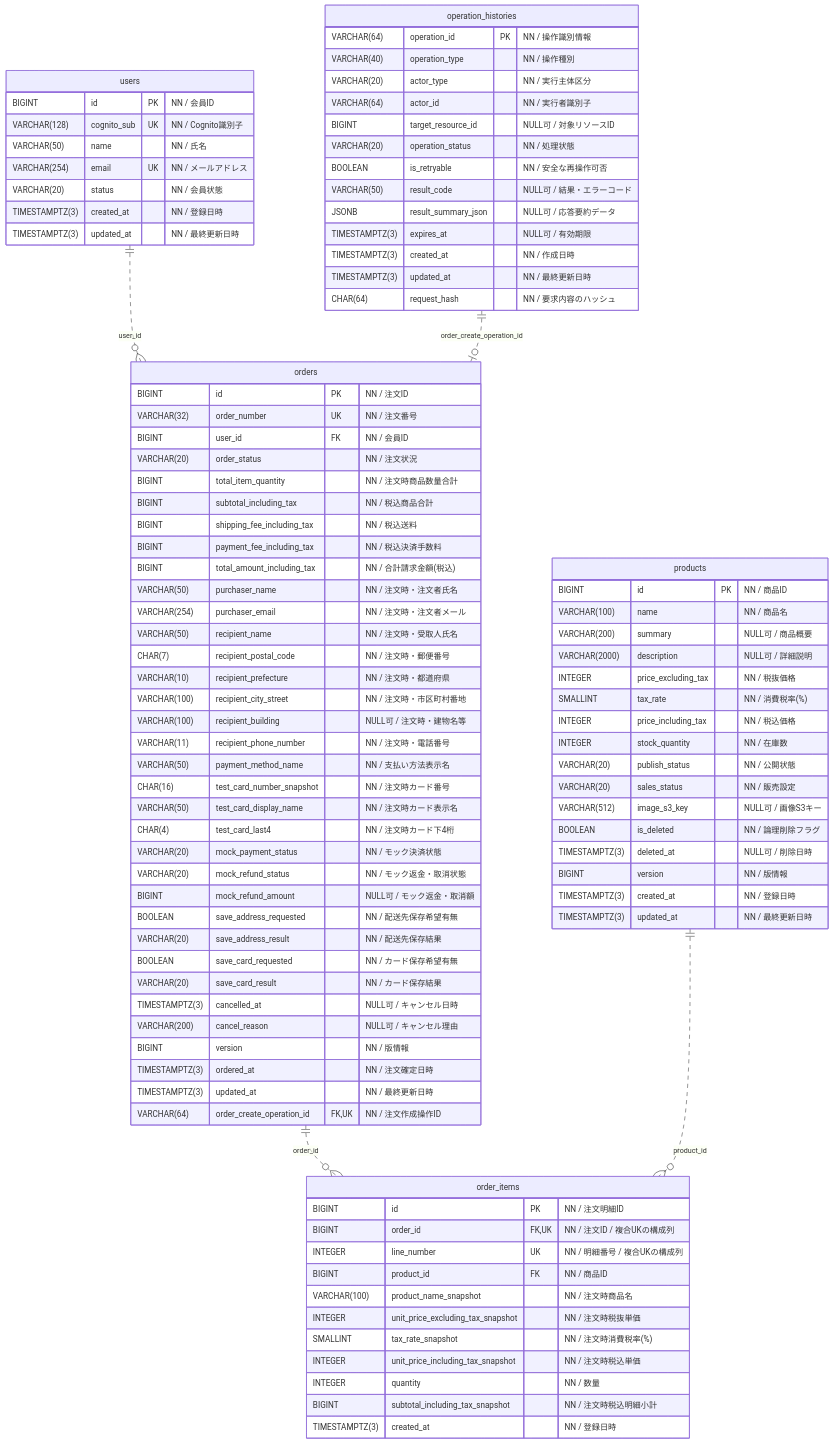
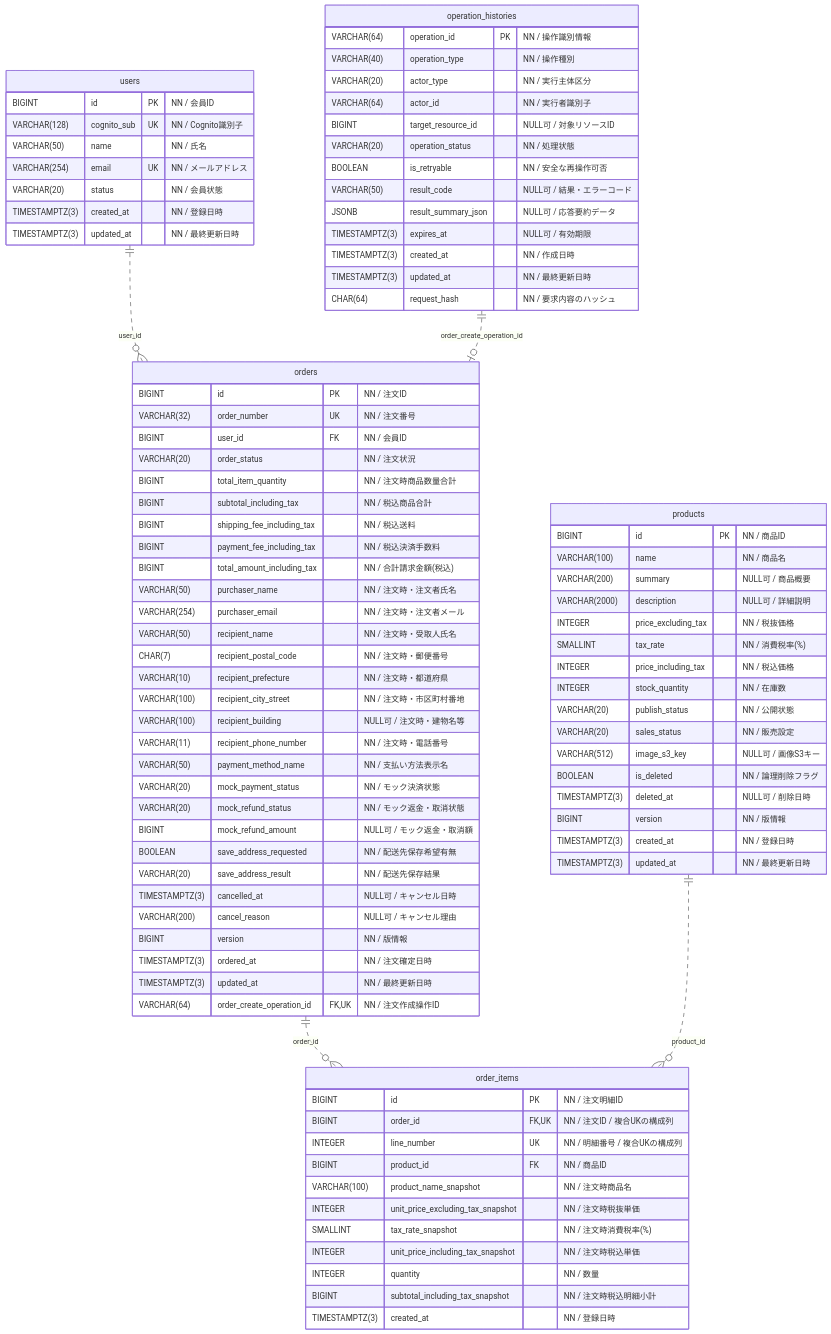
Before and after one commit to shooot223/cloudnative-ec-java: the seventh of 8 diagrams in docs/db-schema/EC_ER_diagram.md, drawn with Mermaid. The commit also changed other lines of this file and 64 other files, not shown here.

```diff
--- a/docs/db-schema/EC_ER_diagram.md
+++ b/docs/db-schema/EC_ER_diagram.md
@@ -316,16 +303,11 @@
         VARCHAR(100) recipient_building "NULL可 / 注文時・建物名等"
         VARCHAR(11) recipient_phone_number "NN / 注文時・電話番号"
         VARCHAR(50) payment_method_name "NN / 支払い方法表示名"
-        CHAR(16) test_card_number_snapshot "NN / 注文時カード番号"
-        VARCHAR(50) test_card_display_name "NN / 注文時カード表示名"
-        CHAR(4) test_card_last4 "NN / 注文時カード下4桁"
         VARCHAR(20) mock_payment_status "NN / モック決済状態"
         VARCHAR(20) mock_refund_status "NN / モック返金・取消状態"
         BIGINT mock_refund_amount "NULL可 / モック返金・取消額"
         BOOLEAN save_address_requested "NN / 配送先保存希望有無"
         VARCHAR(20) save_address_result "NN / 配送先保存結果"
-        BOOLEAN save_card_requested "NN / カード保存希望有無"
-        VARCHAR(20) save_card_result "NN / カード保存結果"
         TIMESTAMPTZ(3) cancelled_at "NULL可 / キャンセル日時"
         VARCHAR(200) cancel_reason "NULL可 / キャンセル理由"
         BIGINT version "NN / 版情報"
```
